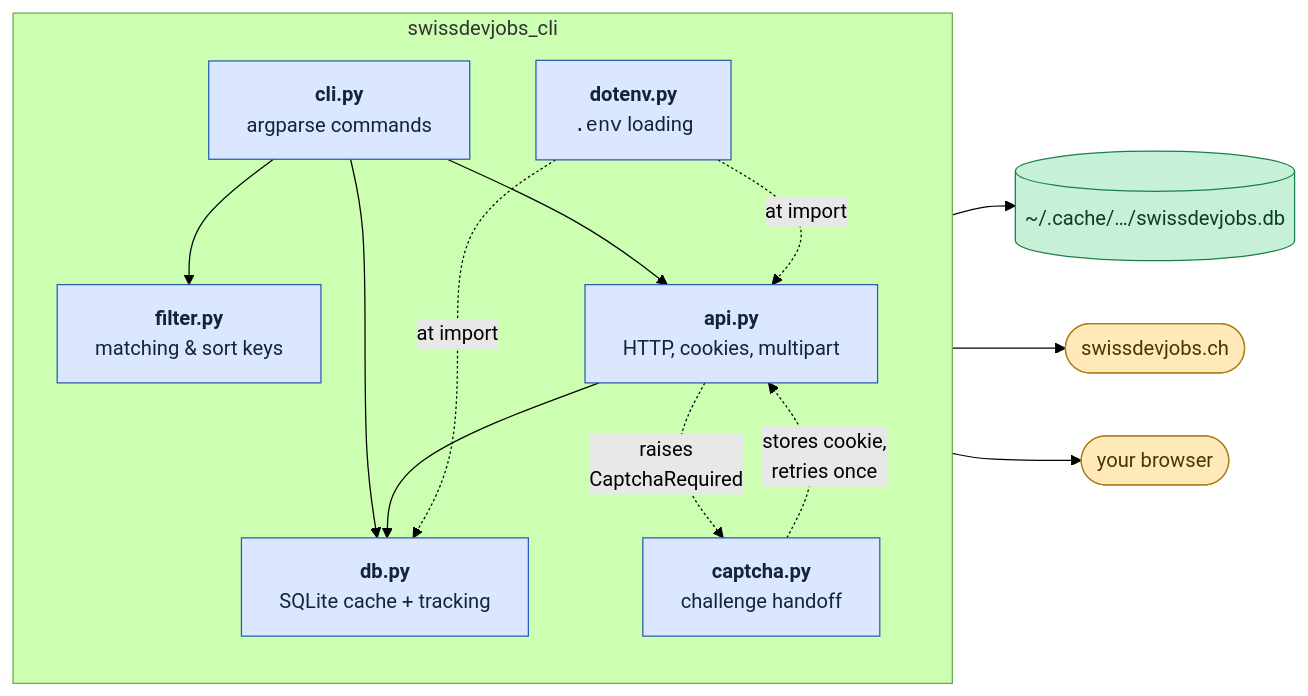
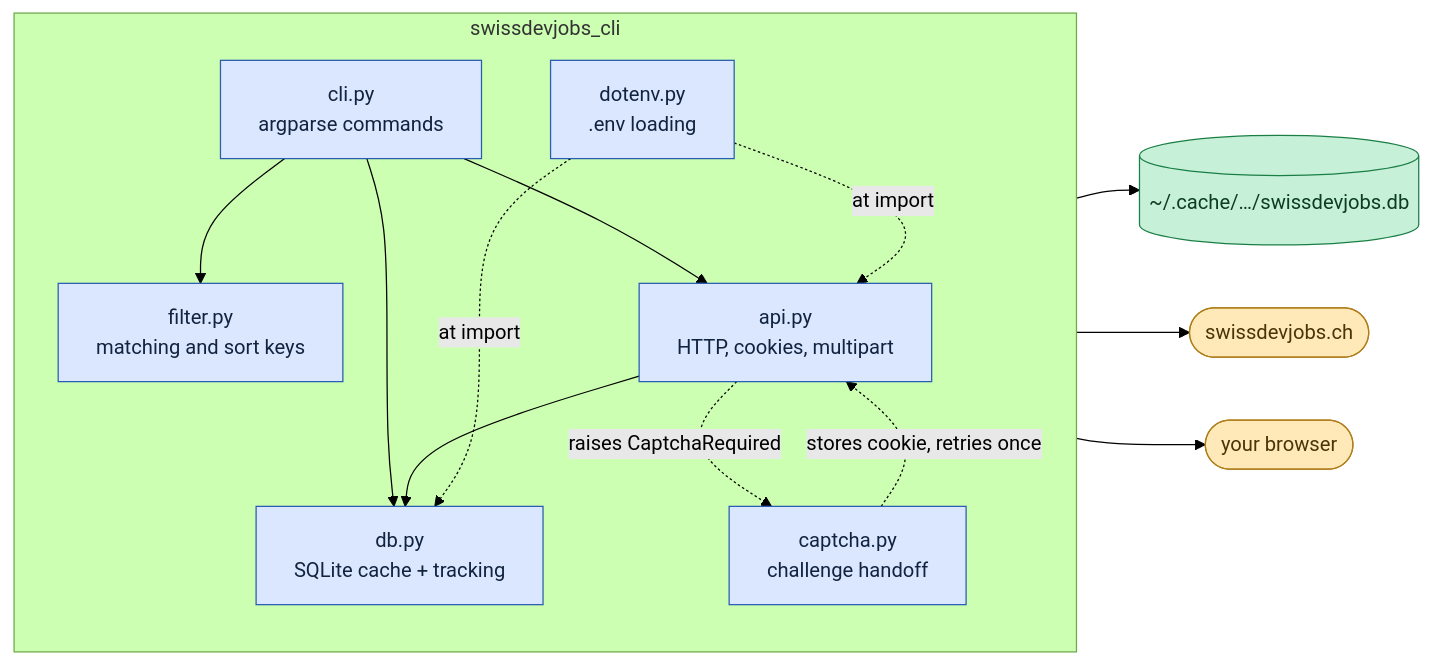
Before and after one commit to Stupidoodle/swissdevjobs-cli: the fourth of 6 diagrams in README.md, drawn with Mermaid (forest theme). The commit also changed other lines of this file, not shown here.

First line of the commit message:
docs: drop HTML tags from mermaid labels

````diff
--- a/README.md
+++ b/README.md
@@ -337,33 +344,33 @@
 ```mermaid
 flowchart LR
     subgraph CLI["swissdevjobs_cli"]
         direction TB
-        C["<b>cli.py</b><br/>argparse commands"]
-        F["<b>filter.py</b><br/>matching &amp; sort keys"]
-        D["<b>db.py</b><br/>SQLite cache + tracking"]
-        A["<b>api.py</b><br/>HTTP, cookies, multipart"]
-        K["<b>captcha.py</b><br/>challenge handoff"]
-        E["<b>dotenv.py</b><br/><code>.env</code> loading"]
+        C["cli.py<br/>argparse commands"]
+        F["filter.py<br/>matching and sort keys"]
+        D["db.py<br/>SQLite cache + tracking"]
+        A["api.py<br/>HTTP, cookies, multipart"]
+        K["captcha.py<br/>challenge handoff"]
+        E["dotenv.py<br/>.env loading"]
     end
 
     C --> F
     C --> D
     C --> A
     A --> D
-    A -.->|"raises<br/>CaptchaRequired"| K
-    K -.->|"stores cookie,<br/>retries once"| A
+    A -.->|"raises CaptchaRequired"| K
+    K -.->|"stores cookie, retries once"| A
     E -.->|"at import"| A
     E -.->|"at import"| D
 
     D --> SQL[("~/.cache/…/swissdevjobs.db")]
     A --> NET(["swissdevjobs.ch"])
     K --> BROWSER(["your browser"])
 
     classDef mod fill:#dbe7ff,stroke:#2a5db0,color:#12233f
     classDef ext fill:#ffe9b8,stroke:#b07d1a,color:#4a3308
     classDef store fill:#c7f0d8,stroke:#1a7f45,color:#0b3d22
 
     class C,F,D,A,K,E mod
     class NET,BROWSER ext
     class SQL store
 ```
````
